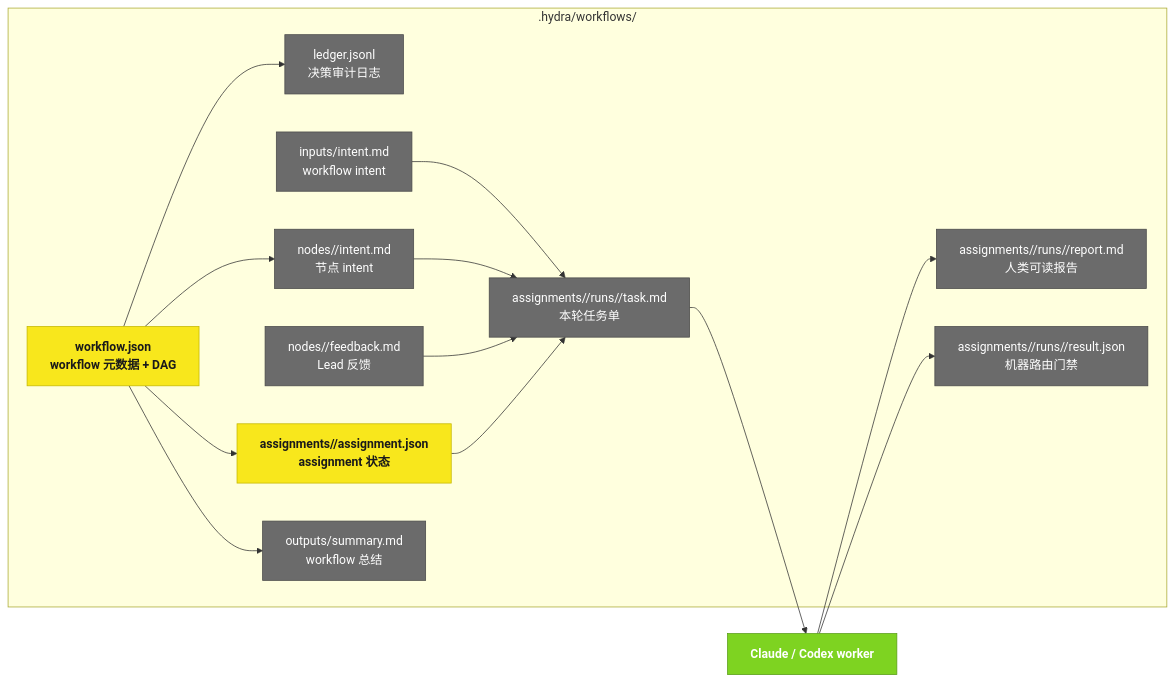
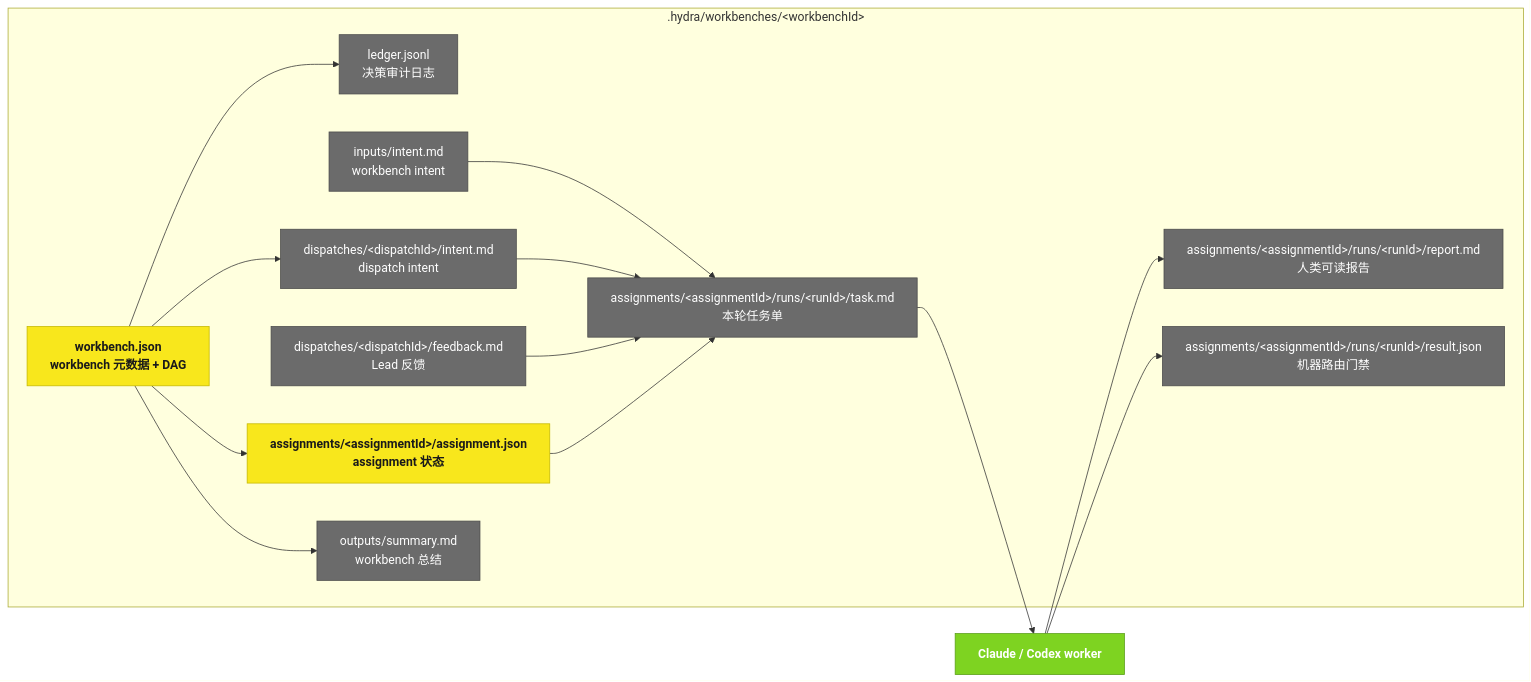
One commit to blueberrycongee/termcanvas changed the fourth of 4 diagrams in docs/hydra-panorama-flow-zh.md. Above: the diagram before and after it, drawn with Mermaid. The commit also changed other lines of this file and 1 other file, not shown here.

````diff
--- a/docs/hydra-panorama-flow-zh.md
+++ b/docs/hydra-panorama-flow-zh.md
@@ -86,31 +87,31 @@
 ```mermaid
 flowchart LR
     classDef file fill:#6b6b6b,stroke:#4a4a4a,color:#fff
     classDef state fill:#f8e71c,stroke:#c5b800,color:#1a1a1a,font-weight:bold
     classDef agent fill:#7ed321,stroke:#5a9e18,color:#fff,font-weight:bold
 
-    subgraph WF[".hydra/workflows/<workflowId>"]
-        WJ["workflow.json<br/>workflow 元数据 + DAG"]:::state
+    subgraph WB[".hydra/workbenches/&lt;workbenchId&gt;"]
+        WJ["workbench.json<br/>workbench 元数据 + DAG"]:::state
         LEDGER["ledger.jsonl<br/>决策审计日志"]:::file
-        INPUT["inputs/intent.md<br/>workflow intent"]:::file
-        NODE["nodes/<nodeId>/intent.md<br/>节点 intent"]:::file
-        FEEDBACK["nodes/<nodeId>/feedback.md<br/>Lead 反馈"]:::file
-        AJ["assignments/<assignmentId>/assignment.json<br/>assignment 状态"]:::state
-        TASK["assignments/<assignmentId>/runs/<runId>/task.md<br/>本轮任务单"]:::file
-        REPORT["assignments/<assignmentId>/runs/<runId>/report.md<br/>人类可读报告"]:::file
-        RESULT["assignments/<assignmentId>/runs/<runId>/result.json<br/>机器路由门禁"]:::file
-        OUT["outputs/summary.md<br/>workflow 总结"]:::file
+        INPUT["inputs/intent.md<br/>workbench intent"]:::file
+        NODE["dispatches/&lt;dispatchId&gt;/intent.md<br/>dispatch intent"]:::file
+        FEEDBACK["dispatches/&lt;dispatchId&gt;/feedback.md<br/>Lead 反馈"]:::file
+        AJ["assignments/&lt;assignmentId&gt;/assignment.json<br/>assignment 状态"]:::state
+        TASK["assignments/&lt;assignmentId&gt;/runs/&lt;runId&gt;/task.md<br/>本轮任务单"]:::file
+        REPORT["assignments/&lt;assignmentId&gt;/runs/&lt;runId&gt;/report.md<br/>人类可读报告"]:::file
+        RESULT["assignments/&lt;assignmentId&gt;/runs/&lt;runId&gt;/result.json<br/>机器路由门禁"]:::file
+        OUT["outputs/summary.md<br/>workbench 总结"]:::file
     end
 
     WJ --> NODE
     WJ --> AJ
     INPUT --> TASK
     NODE --> TASK
     FEEDBACK --> TASK
     AJ --> TASK
     TASK --> AGENT["Claude / Codex worker"]:::agent
     AGENT --> REPORT
     AGENT --> RESULT
     WJ --> LEDGER
     WJ --> OUT
 ```
````
